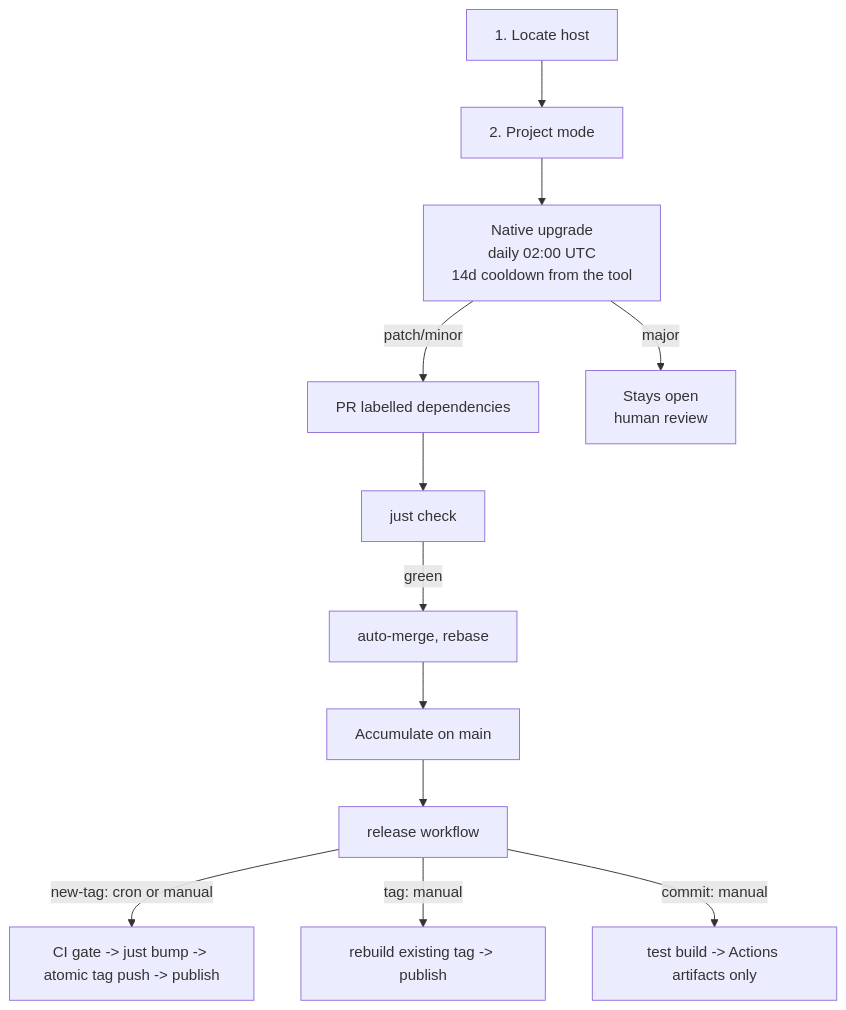
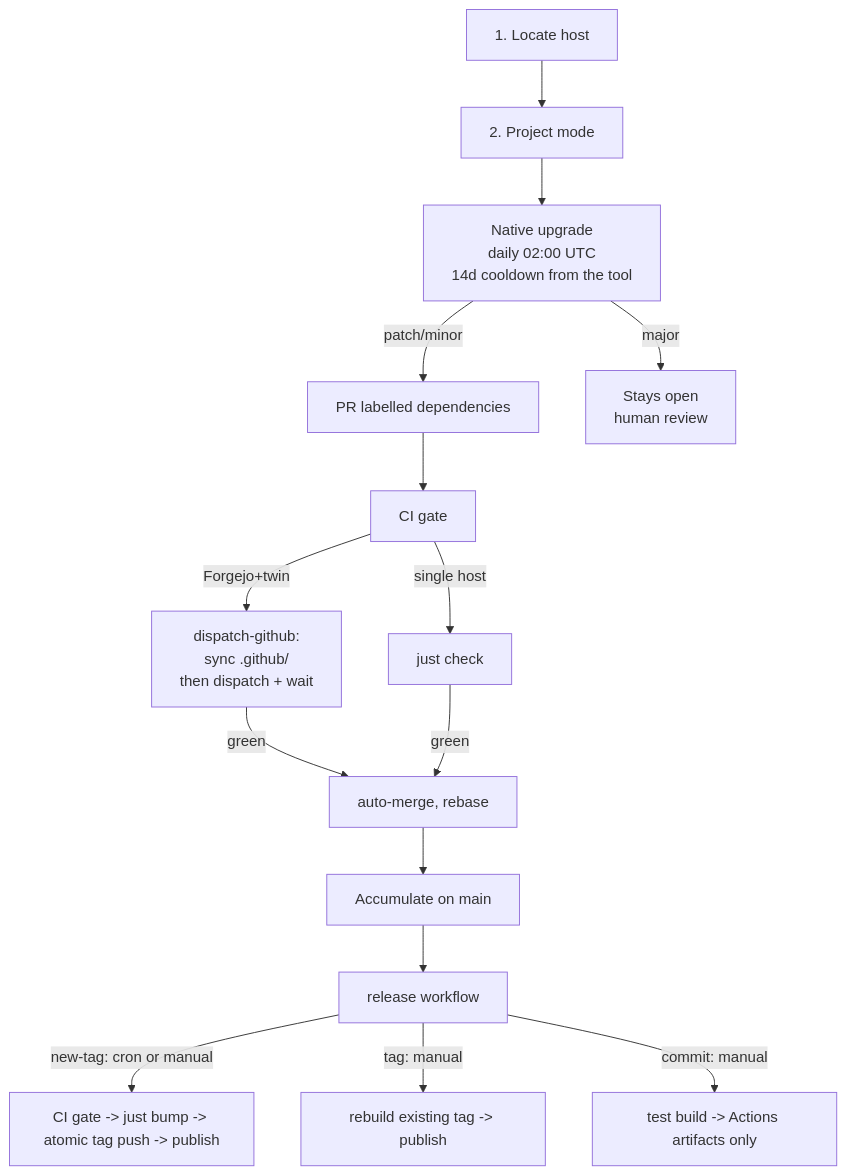
Before and after one commit to Delnegend/dotfiles: the diagram in dot_agents/skills/autonomous-upgrade/SKILL.md, drawn with Mermaid. The commit also changed other lines of this file and 2 other files, not shown here.

First line of the commit message:
docs(skill): autonomous-upgrade follows throwaway-twin architecture

````diff
--- a/dot_agents/skills/autonomous-upgrade/SKILL.md
+++ b/dot_agents/skills/autonomous-upgrade/SKILL.md
@@ -21,14 +35,17 @@
 ```mermaid
 flowchart TD
     Z[1. Locate host] --> Y[2. Project mode]
     Y --> A[Native upgrade<br/>daily 02:00 UTC<br/>14d cooldown from the tool]
     A -->|patch/minor| B[PR labelled dependencies]
     A -->|major| C[Stays open<br/>human review]
-    B --> D[just check]
-    D -->|green| E[auto-merge, rebase]
+    B --> D[CI gate]
+    D -->|Forgejo+twin| D2[dispatch-github:<br/>sync .github/<br/>then dispatch + wait]
+    D -->|single host| D3[just check]
+    D2 -->|green| E[auto-merge, rebase]
+    D3 -->|green| E
     E --> F[Accumulate on main]
     F --> G[release workflow]
     G -->|new-tag: cron or manual| H[CI gate -> just bump -> atomic tag push -> publish]
     G -->|tag: manual| I[rebuild existing tag -> publish]
     G -->|commit: manual| J[test build -> Actions artifacts only]
 ```
````
